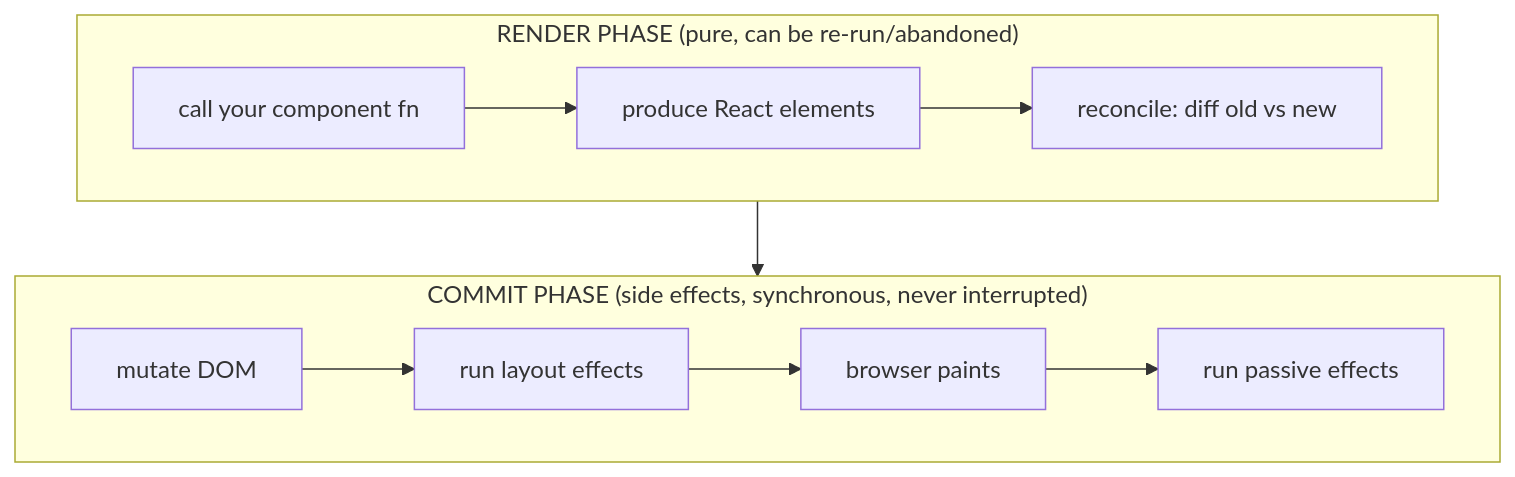
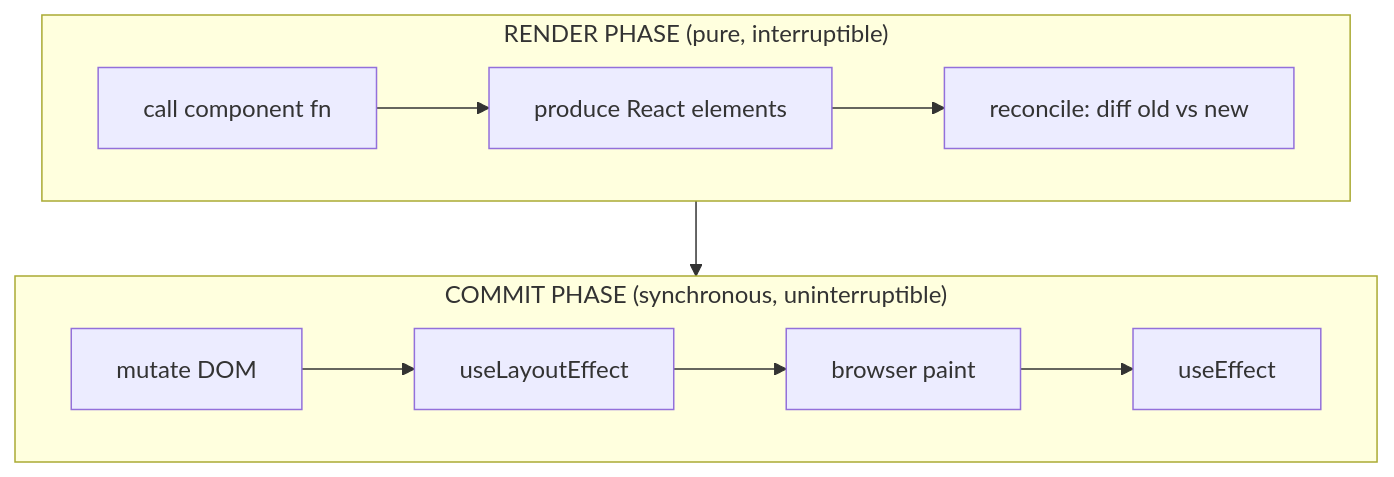
The second of 2 diagrams in packages/content/content/03-react-rendering.mdx (ashishxcode/frontend-internals), drawn with Mermaid before and after one commit. The commit also changed other lines of this file and 34 other files, not shown here.

````diff
--- a/packages/content/content/03-react-rendering.mdx
+++ b/packages/content/content/03-react-rendering.mdx
@@ -105,11 +95,11 @@
 ```mermaid
 flowchart TB
-  subgraph Render["RENDER PHASE (pure, can be re-run/abandoned)"]
-    a[call your component fn] --> b[produce React elements]
+  subgraph Render["RENDER PHASE (pure, interruptible)"]
+    a[call component fn] --> b[produce React elements]
     b --> c[reconcile: diff old vs new]
   end
-  subgraph Commit["COMMIT PHASE (side effects, synchronous, never interrupted)"]
-    d[mutate DOM] --> e[run layout effects] --> f[browser paints] --> g[run passive effects]
+  subgraph Commit["COMMIT PHASE (synchronous, uninterruptible)"]
+    d[mutate DOM] --> e[useLayoutEffect] --> f[browser paint] --> g[useEffect]
   end
   Render --> Commit
 ```
````
